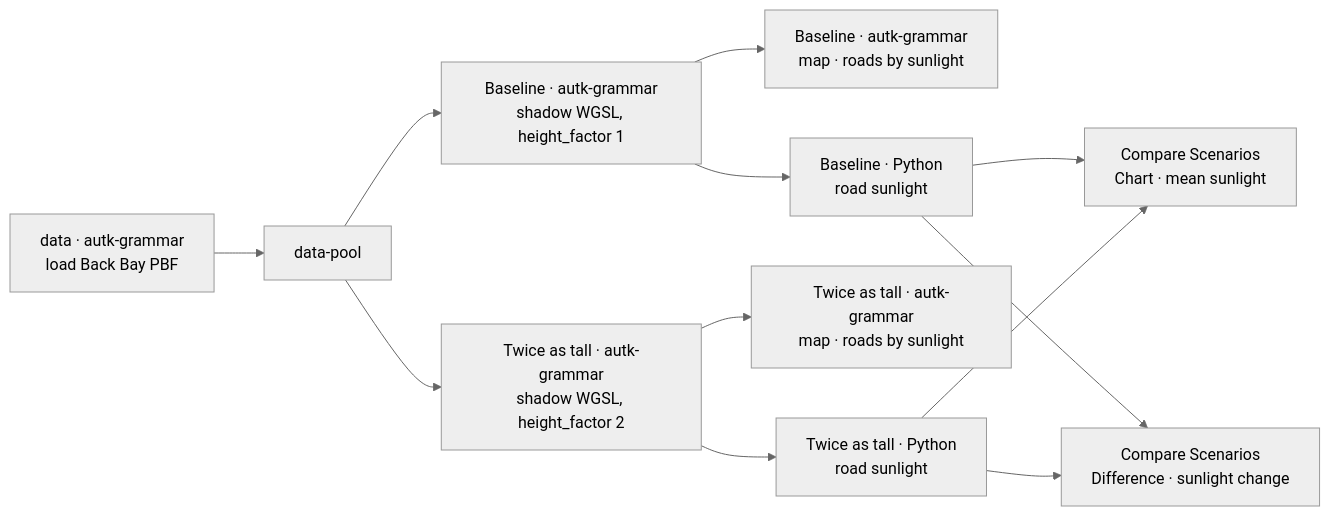
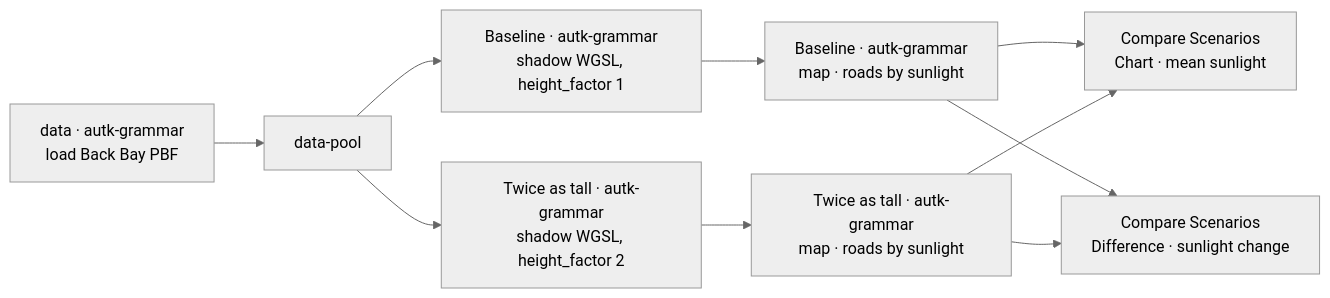
The diagram in docs/examples/06-autark-what-if-shadow-study.md (urban-toolkit/curio), drawn with Mermaid (neutral theme) before and after one commit. The commit also changed other lines of this file and 6 other files, not shown here.

Commit message:
Example 06 compares the roads its maps hand on, without Road sunlight nodes

````diff
--- a/docs/examples/06-autark-what-if-shadow-study.md
+++ b/docs/examples/06-autark-what-if-shadow-study.md
@@ -17,22 +17,18 @@
 ```mermaid
 flowchart LR
   D["data · autk-grammar<br/>load Back Bay PBF"]
   P["data-pool"]
   BC["Baseline · autk-grammar<br/>shadow WGSL, height_factor 1"]
   BM["Baseline · autk-grammar<br/>map · roads by sunlight"]
-  BR["Baseline · Python<br/>road sunlight"]
   MC["Twice as tall · autk-grammar<br/>shadow WGSL, height_factor 2"]
   MM["Twice as tall · autk-grammar<br/>map · roads by sunlight"]
-  MR["Twice as tall · Python<br/>road sunlight"]
   CC["Compare Scenarios<br/>Chart · mean sunlight"]
   CD["Compare Scenarios<br/>Difference · sunlight change"]
   D --> P
   P --> BC --> BM
-  BC --> BR
   P --> MC --> MM
-  MC --> MR
-  BR --> CC
-  MR --> CC
-  BR --> CD
-  MR --> CD
+  BM --> CC
+  MM --> CC
+  BM --> CD
+  MM --> CD
 ```
````
